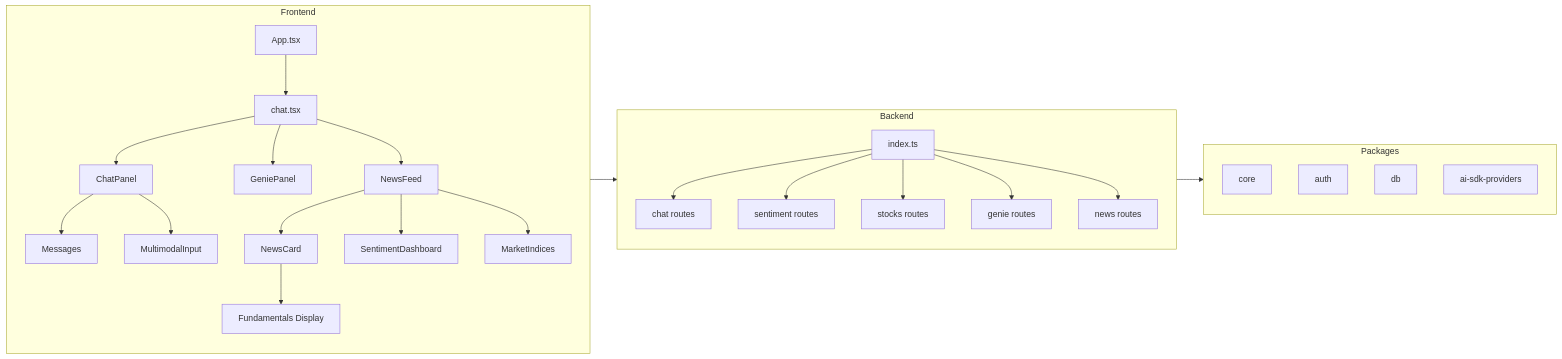
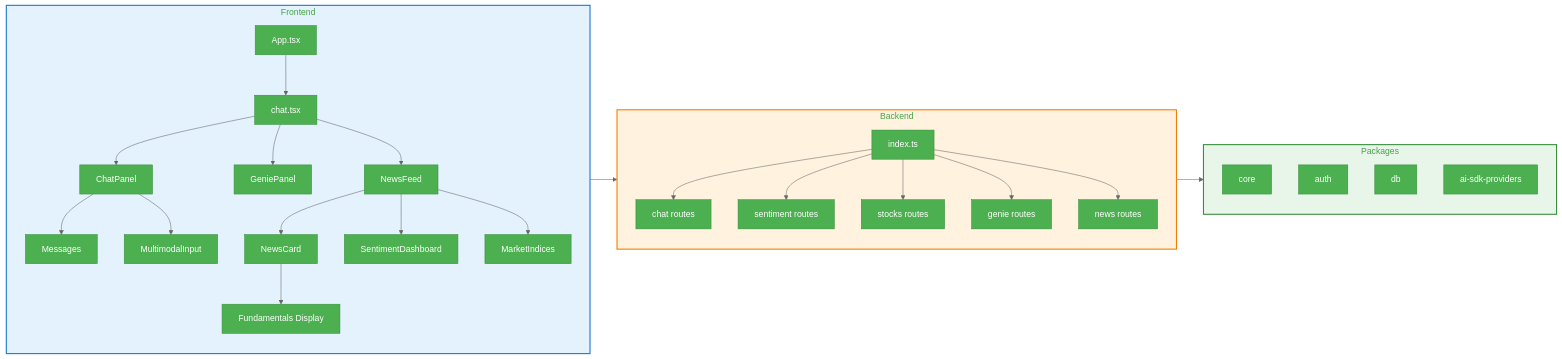
One commit to AnanyaDBJ/equity-analyst-app-agent changed the third of 3 diagrams in README.md. Above: the diagram before and after it, drawn with Mermaid. The commit also changed other lines of this file, not shown here.

Commit message:
docs: Update Mermaid diagrams with white background and colorful styling

````diff
--- a/README.md
+++ b/README.md
@@ -140,38 +148,43 @@
 ```mermaid
+%%{init: {'theme': 'base', 'themeVariables': { 'primaryColor': '#4CAF50', 'primaryTextColor': '#fff', 'primaryBorderColor': '#388E3C', 'lineColor': '#666', 'background': '#ffffff'}}}%%
 flowchart LR
     subgraph Frontend
         App[App.tsx]
         App --> Chat[chat.tsx]
         Chat --> CP[ChatPanel]
         Chat --> GP[GeniePanel]
         Chat --> NF[NewsFeed]
 
         CP --> Msg[Messages]
         CP --> Input[MultimodalInput]
 
         NF --> NC[NewsCard]
         NF --> SD[SentimentDashboard]
         NF --> MI[MarketIndices]
 
         NC --> Fund[Fundamentals Display]
     end
 
     subgraph Backend
         Index[index.ts]
         Index --> ChatR["chat routes"]
         Index --> SentR["sentiment routes"]
         Index --> StockR["stocks routes"]
         Index --> GenieR["genie routes"]
         Index --> NewsR["news routes"]
     end
 
     subgraph Packages
         Core[core]
         AuthPkg[auth]
         DB[db]
         AIProviders[ai-sdk-providers]
     end
 
     Frontend --> Backend
     Backend --> Packages
+
+    style Frontend fill:#E3F2FD,stroke:#1976D2,stroke-width:2px
+    style Backend fill:#FFF3E0,stroke:#F57C00,stroke-width:2px
+    style Packages fill:#E8F5E9,stroke:#388E3C,stroke-width:2px
 ```
````
